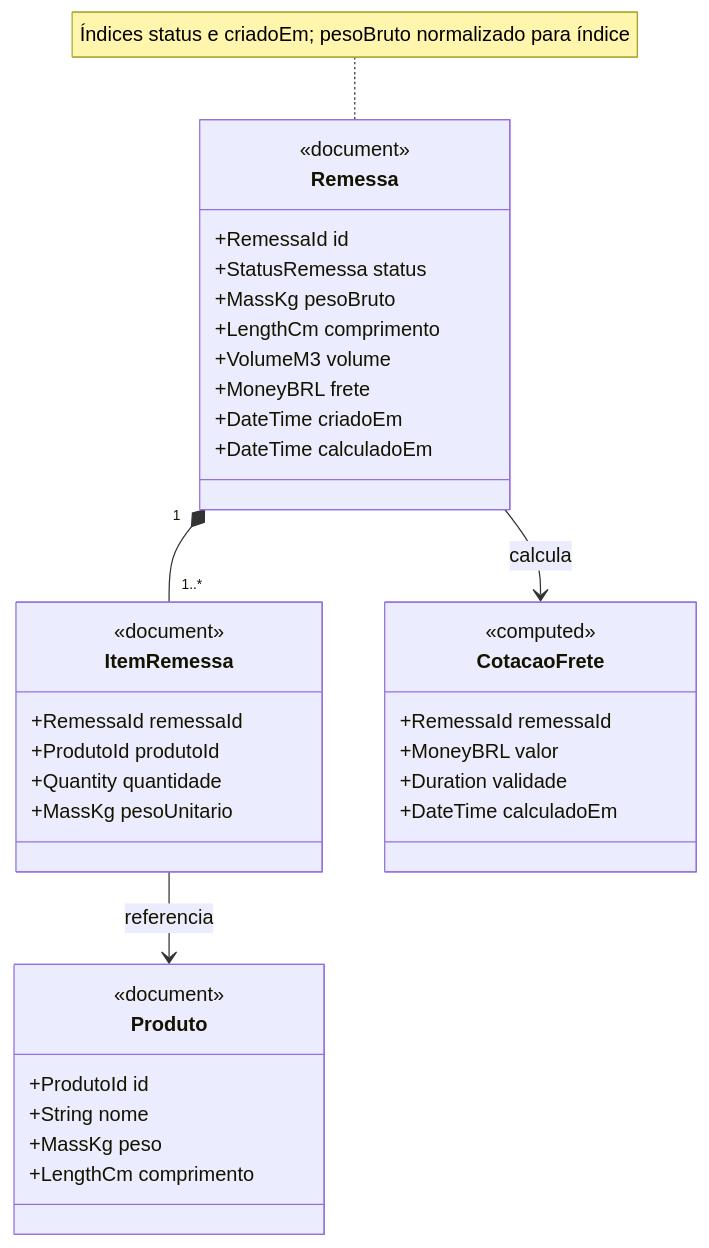
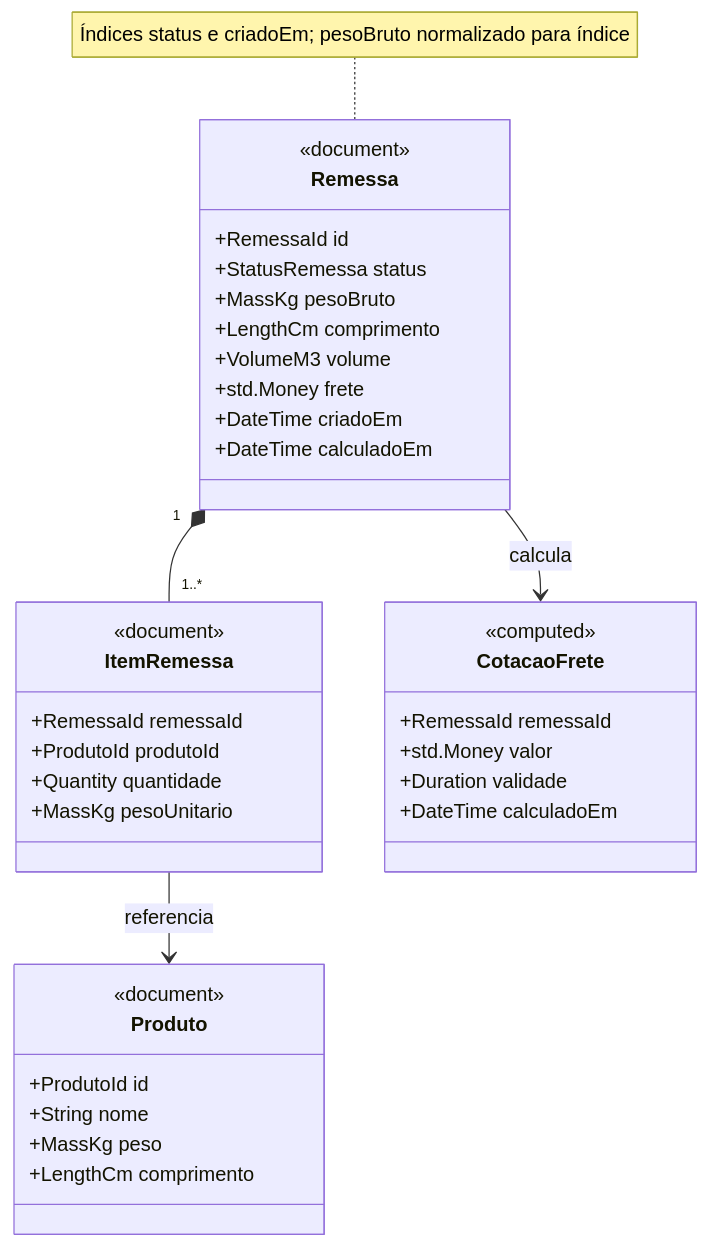
The sixth of 9 diagrams in BRAINSTORM.md (teintinu/bpcms), drawn with Mermaid before and after one commit. The commit also changed other lines of this file and 25 other files, not shown here.

````diff
--- a/BRAINSTORM.md
+++ b/BRAINSTORM.md
@@ -937,41 +937,41 @@
 ```mermaid
 classDiagram
   class Remessa {
     <<document>>
     +RemessaId id
     +StatusRemessa status
     +MassKg pesoBruto
     +LengthCm comprimento
     +VolumeM3 volume
-    +MoneyBRL frete
+    +std.Money frete
     +DateTime criadoEm
     +DateTime calculadoEm
   }
   class ItemRemessa {
     <<document>>
     +RemessaId remessaId
     +ProdutoId produtoId
     +Quantity quantidade
     +MassKg pesoUnitario
   }
   class Produto {
     <<document>>
     +ProdutoId id
     +String nome
     +MassKg peso
     +LengthCm comprimento
   }
   class CotacaoFrete {
     <<computed>>
     +RemessaId remessaId
-    +MoneyBRL valor
+    +std.Money valor
     +Duration validade
     +DateTime calculadoEm
   }
 
   Remessa "1" *-- "1..*" ItemRemessa
   ItemRemessa --> Produto : referencia
   Remessa --> CotacaoFrete : calcula
 
   note for Remessa "Índices status e criadoEm; pesoBruto normalizado para índice"
 ```
````
